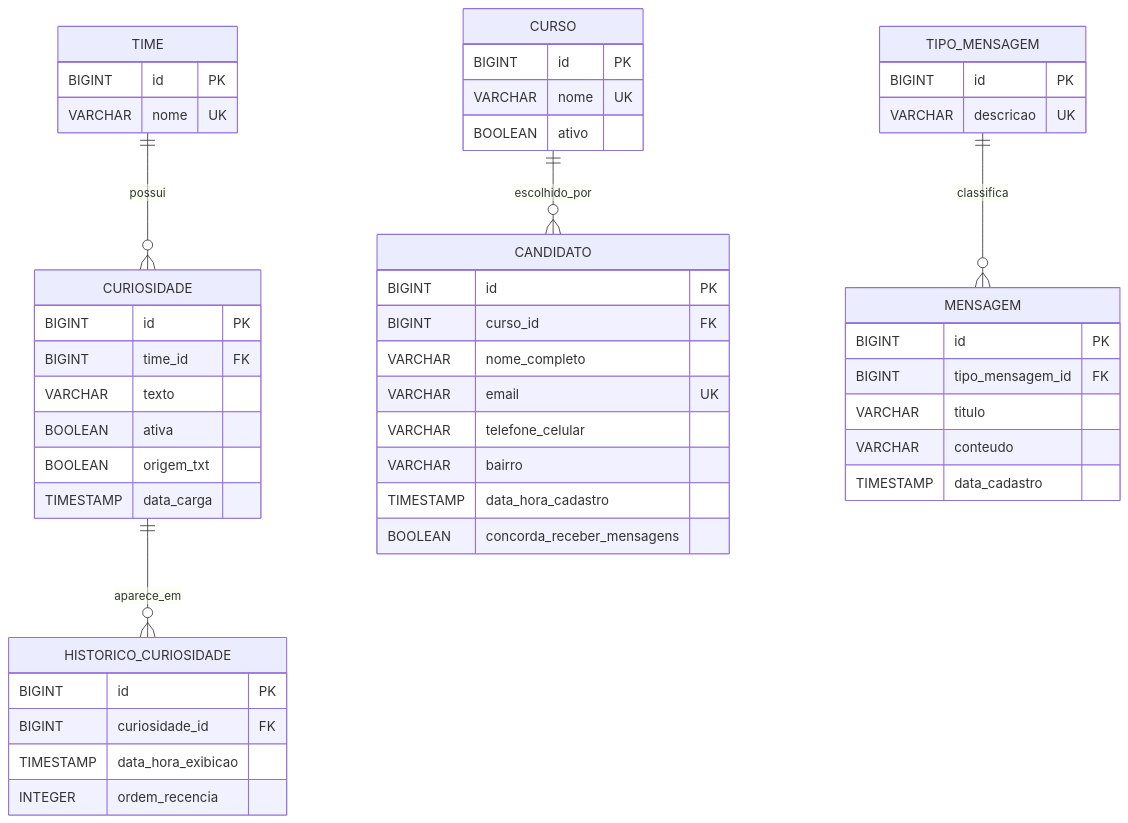
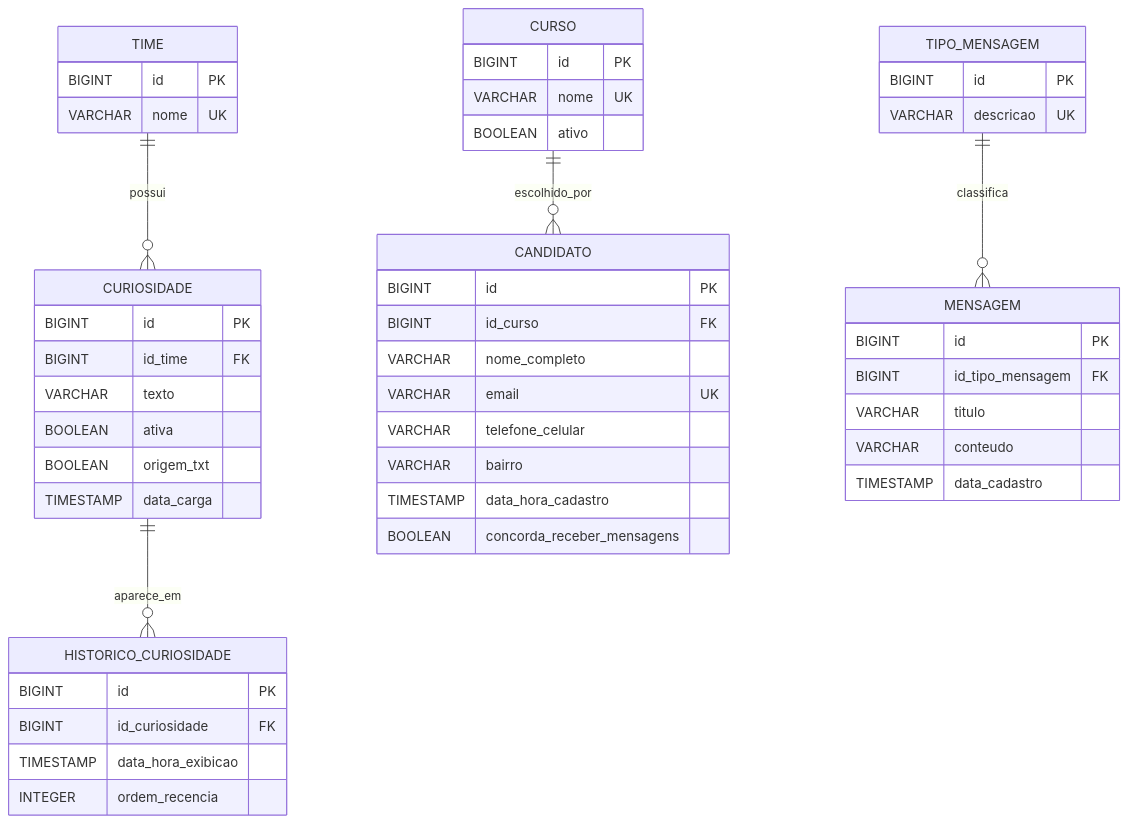
The diagram in doc/er_diagram/er_diagram.mermaid (andrelamego/portal-vestibular-fatec), drawn with Mermaid before and after one commit.

Commit message:
docs: padroniza nomes de colunas em diagrama entidade-relacionamento
- ajusta nomenclatura de colunas para seguir convenções aplicadas no projeto

```diff
--- a/doc/er_diagram/er_diagram.mermaid
+++ b/doc/er_diagram/er_diagram.mermaid
@@ -1,56 +1,56 @@
 erDiagram
     TIME {
       BIGINT id PK
       VARCHAR nome UK
     }
 
     CURIOSIDADE {
       BIGINT id PK
-      BIGINT time_id FK
+      BIGINT id_time FK
       VARCHAR texto
       BOOLEAN ativa
       BOOLEAN origem_txt
       TIMESTAMP data_carga
     }
 
     HISTORICO_CURIOSIDADE {
       BIGINT id PK
-      BIGINT curiosidade_id FK
+      BIGINT id_curiosidade FK
       TIMESTAMP data_hora_exibicao
       INTEGER ordem_recencia
     }
 
     CURSO {
       BIGINT id PK
       VARCHAR nome UK
       BOOLEAN ativo
     }
 
     CANDIDATO {
       BIGINT id PK
-      BIGINT curso_id FK
+      BIGINT id_curso FK
       VARCHAR nome_completo
       VARCHAR email UK
       VARCHAR telefone_celular
       VARCHAR bairro
       TIMESTAMP data_hora_cadastro
       BOOLEAN concorda_receber_mensagens
     }
 
     TIPO_MENSAGEM {
       BIGINT id PK
       VARCHAR descricao UK
     }
 
     MENSAGEM {
       BIGINT id PK
-      BIGINT tipo_mensagem_id FK
+      BIGINT id_tipo_mensagem FK
       VARCHAR titulo
       VARCHAR conteudo
       TIMESTAMP data_cadastro
     }
 
     TIME ||--o{ CURIOSIDADE : possui
     CURIOSIDADE ||--o{ HISTORICO_CURIOSIDADE : aparece_em
     CURSO ||--o{ CANDIDATO : escolhido_por
     TIPO_MENSAGEM ||--o{ MENSAGEM : classifica
```
